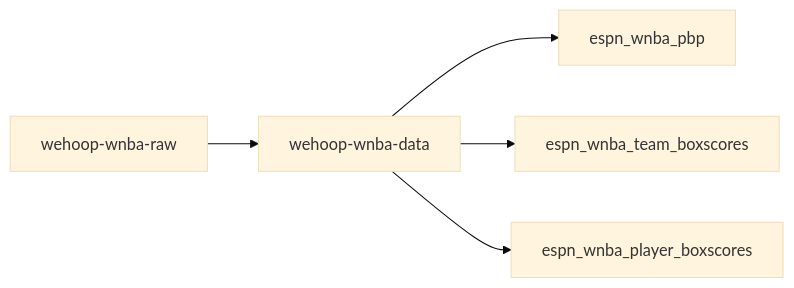
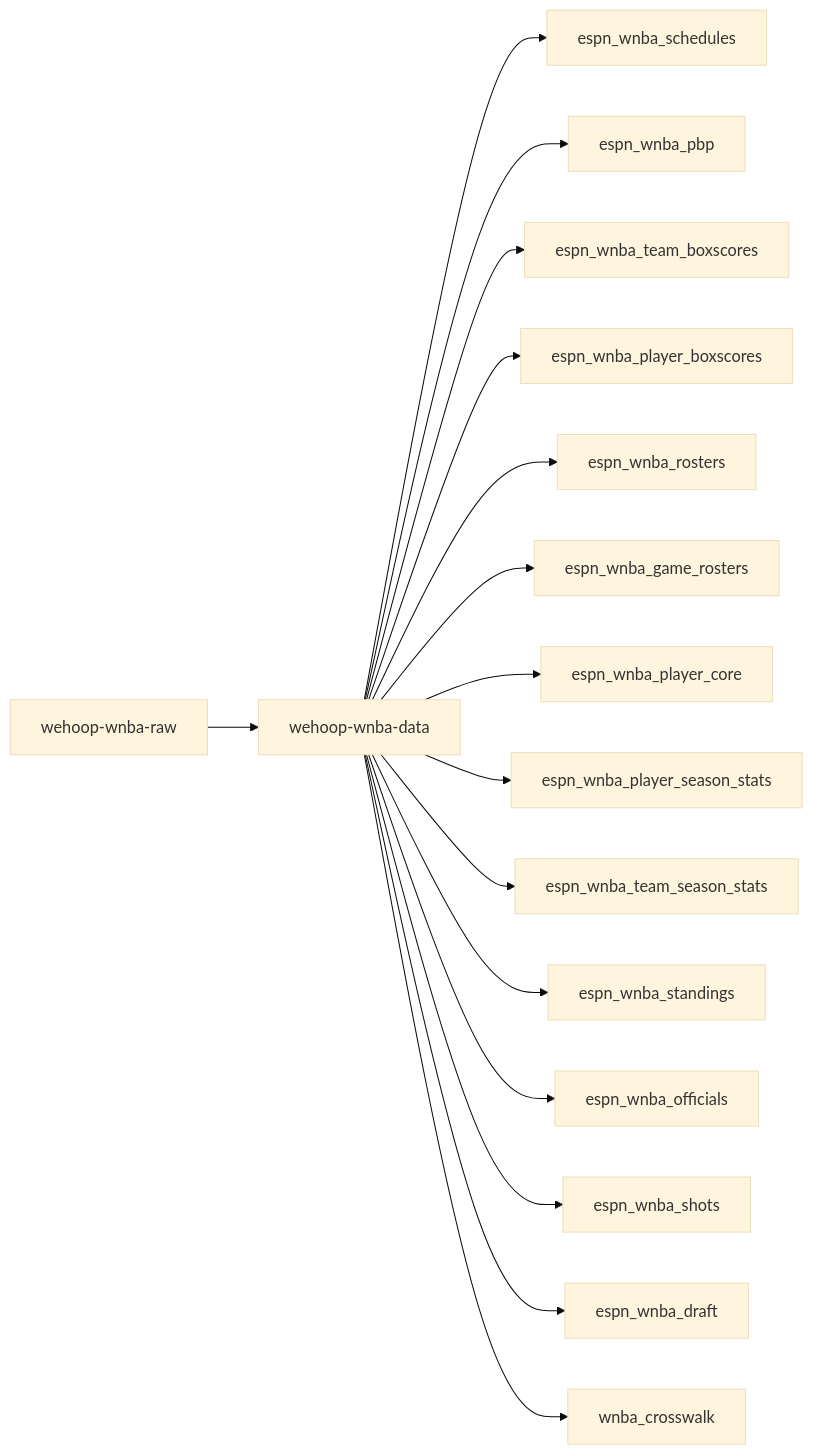
Before and after one commit to sportsdataverse/wehoop-wnba-raw: the first of 2 diagrams in README.md, drawn with Mermaid (base theme). The commit also changed other lines of this file, not shown here.

First line of the commit message:
docs: two-diagram workflow section + generated automation-status block

````diff
--- a/README.md
+++ b/README.md
@@ -3,8 +5,18 @@
 ```mermaid
   graph LR;
     A[wehoop-wnba-raw]-->B[wehoop-wnba-data];
-    B[wehoop-wnba-data]-->C1[espn_wnba_pbp];
-    B[wehoop-wnba-data]-->C2[espn_wnba_team_boxscores];
-    B[wehoop-wnba-data]-->C3[espn_wnba_player_boxscores];
-
+    B[wehoop-wnba-data]-->C1[espn_wnba_schedules];
+    B[wehoop-wnba-data]-->C2[espn_wnba_pbp];
+    B[wehoop-wnba-data]-->C3[espn_wnba_team_boxscores];
+    B[wehoop-wnba-data]-->C4[espn_wnba_player_boxscores];
+    B[wehoop-wnba-data]-->C5[espn_wnba_rosters];
+    B[wehoop-wnba-data]-->C6[espn_wnba_game_rosters];
+    B[wehoop-wnba-data]-->C7[espn_wnba_player_core];
+    B[wehoop-wnba-data]-->C8[espn_wnba_player_season_stats];
+    B[wehoop-wnba-data]-->C9[espn_wnba_team_season_stats];
+    B[wehoop-wnba-data]-->C10[espn_wnba_standings];
+    B[wehoop-wnba-data]-->C11[espn_wnba_officials];
+    B[wehoop-wnba-data]-->C12[espn_wnba_shots];
+    B[wehoop-wnba-data]-->C13[espn_wnba_draft];
+    B[wehoop-wnba-data]-->C14[wnba_crosswalk];
 ```
````
